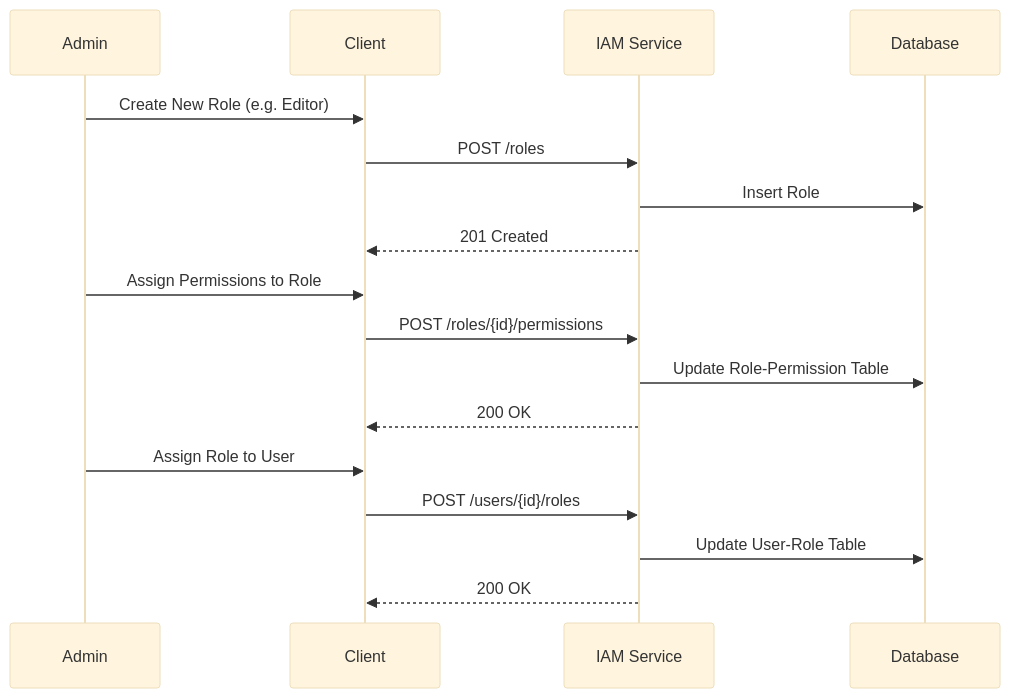
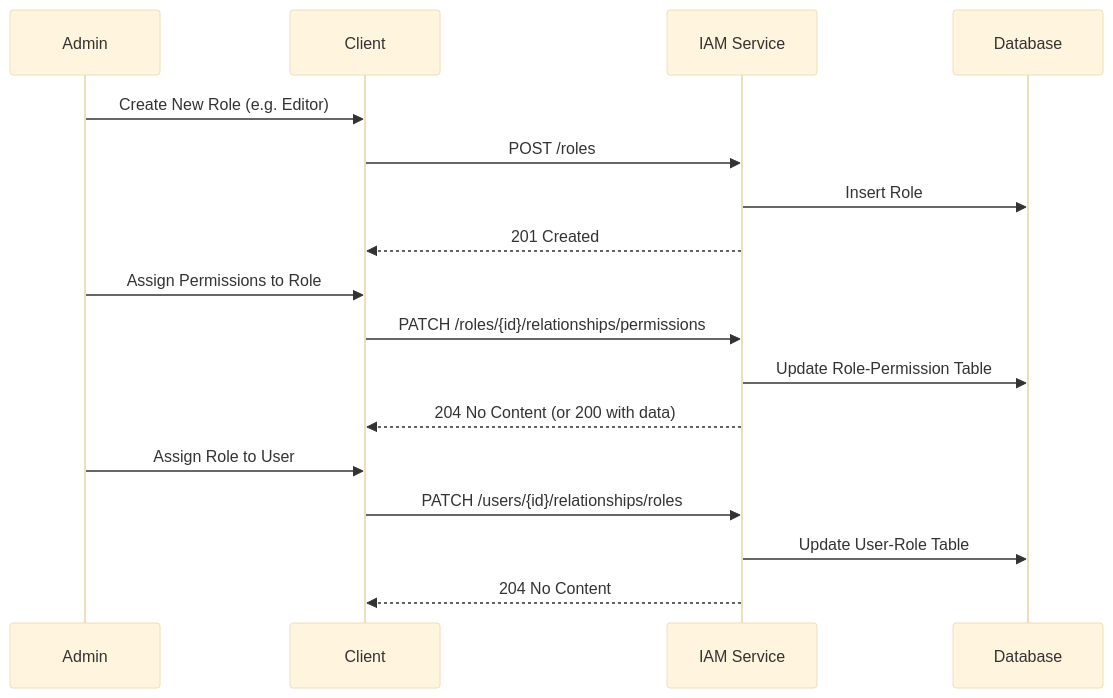
One commit to vheins/vibe-coding-template changed the diagram in .agent/modules/iam-security/role-permission-management.md. Above: the diagram before and after it, drawn with Mermaid (base theme). The commit also changed other lines of this file and 3 other files, not shown here.

````diff
--- a/.agent/modules/iam-security/role-permission-management.md
+++ b/.agent/modules/iam-security/role-permission-management.md
@@ -21,22 +63,22 @@
 ```mermaid
 sequenceDiagram
     participant Admin
     participant Client
     participant API as IAM Service
     participant DB as Database
 
     Admin->>Client: Create New Role (e.g. Editor)
     Client->>API: POST /roles
     API->>DB: Insert Role
     API-->>Client: 201 Created
 
     Admin->>Client: Assign Permissions to Role
-    Client->>API: POST /roles/{id}/permissions
+    Client->>API: PATCH /roles/{id}/relationships/permissions
     API->>DB: Update Role-Permission Table
-    API-->>Client: 200 OK
+    API-->>Client: 204 No Content (or 200 with data)
 
     Admin->>Client: Assign Role to User
-    Client->>API: POST /users/{id}/roles
+    Client->>API: PATCH /users/{id}/relationships/roles
     API->>DB: Update User-Role Table
-    API-->>Client: 200 OK
+    API-->>Client: 204 No Content
 ```
````
